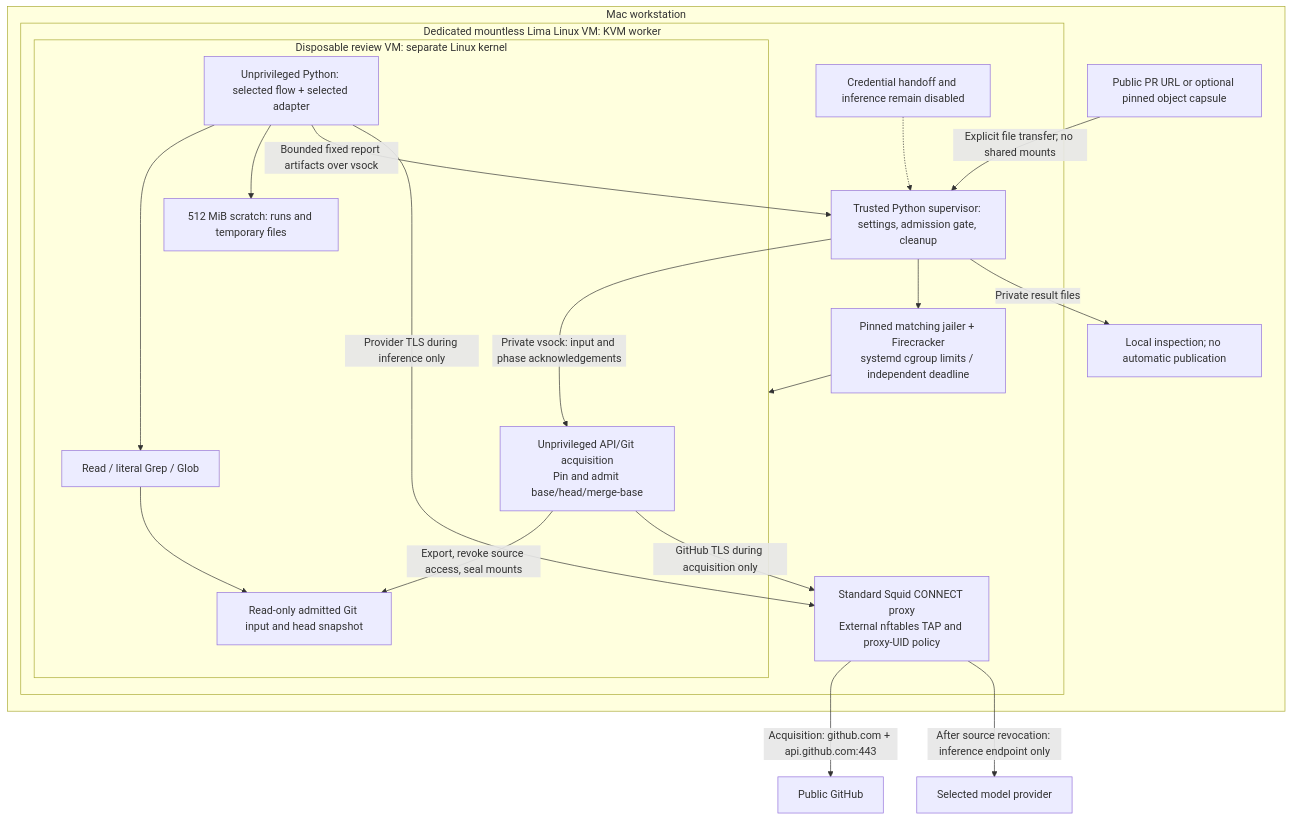
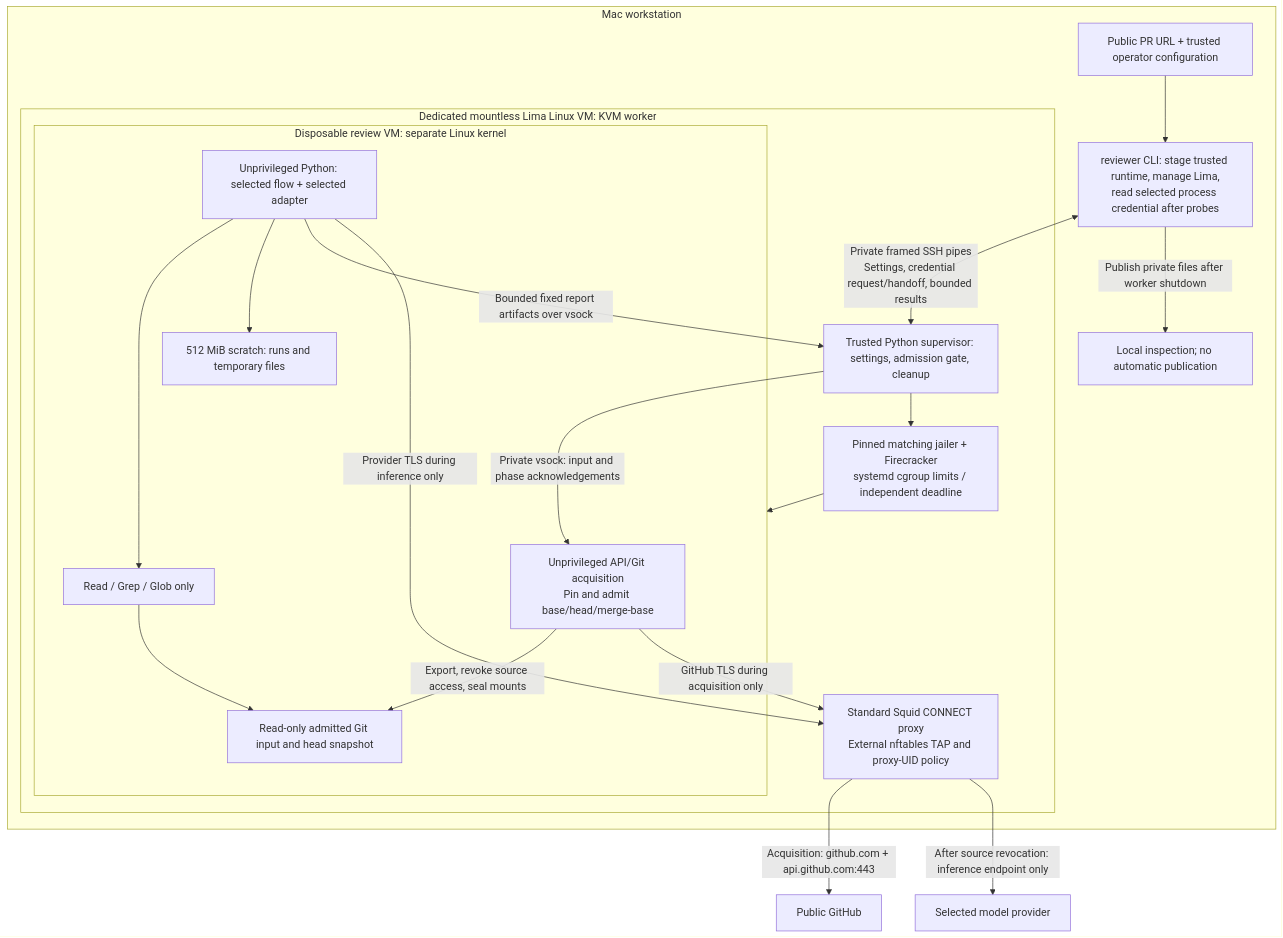
One commit to sskelkar/code-reviewer changed the diagram in docs/sandbox-architecture.md. Above: the diagram before and after it, drawn with Mermaid. The commit also changed other lines of this file and 52 other files, not shown here.

Commit message:
Wire VM-default reviews and explicit host execution

````diff
--- a/docs/sandbox-architecture.md
+++ b/docs/sandbox-architecture.md
@@ -9,31 +9,32 @@
 ```mermaid
 flowchart TB
     subgraph MAC["Mac workstation"]
-        INPUT["Public PR URL or optional pinned object capsule"]
+        INPUT["Public PR URL + trusted operator configuration"]
+        LAUNCH["reviewer CLI: stage trusted runtime, manage Lima,<br/>read selected process credential after probes"]
         subgraph LINUX["Dedicated mountless Lima Linux VM: KVM worker"]
             HOST["Trusted Python supervisor: settings, admission gate, cleanup"]
             VMM["Pinned matching jailer + Firecracker<br/>systemd cgroup limits / independent deadline"]
             PROXY["Standard Squid CONNECT proxy<br/>External nftables TAP and proxy-UID policy"]
             subgraph JOB["Disposable review VM: separate Linux kernel"]
                 ACQUIRE["Unprivileged API/Git acquisition<br/>Pin and admit base/head/merge-base"]
                 PY["Unprivileged Python: selected flow + selected adapter"]
                 TREE["Read-only admitted Git input and head snapshot"]
-                TOOLS["Read / literal Grep / Glob"]
+                TOOLS["Read / Grep / Glob only"]
                 SCRATCH["512 MiB scratch: runs and temporary files"]
                 ACQUIRE -->|"Export, revoke source access, seal mounts"| TREE
                 PY --> TOOLS --> TREE
                 PY --> SCRATCH
             end
             HOST --> VMM --> JOB
             HOST -->|"Private vsock: input and phase acknowledgements"| ACQUIRE
             PY -->|"Bounded fixed report artifacts over vsock"| HOST
             ACQUIRE -->|"GitHub TLS during acquisition only"| PROXY
             PY -->|"Provider TLS during inference only"| PROXY
-            KEY["Credential handoff and inference remain disabled"] -.-> HOST
         end
-        INPUT -->|"Explicit file transfer; no shared mounts"| HOST
-        HOST -->|"Private result files"| OUTPUT["Local inspection; no automatic publication"]
+        INPUT --> LAUNCH
+        LAUNCH <-->|"Private framed SSH pipes<br/>Settings, credential request/handoff, bounded results"| HOST
+        LAUNCH -->|"Publish private files after worker shutdown"| OUTPUT["Local inspection; no automatic publication"]
     end
     PROXY -->|"Acquisition: github.com + api.github.com:443"| SOURCE["Public GitHub"]
     PROXY -->|"After source revocation: inference endpoint only"| PROVIDER["Selected model provider"]
 ```
````
